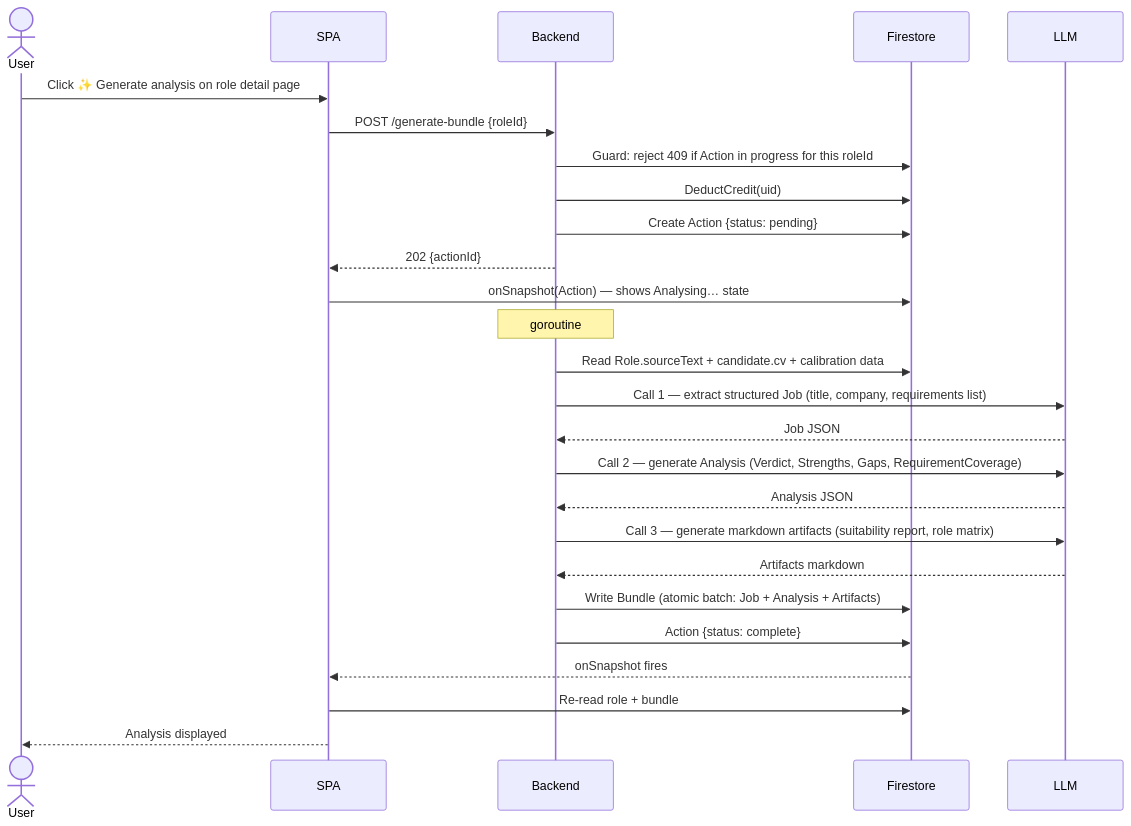
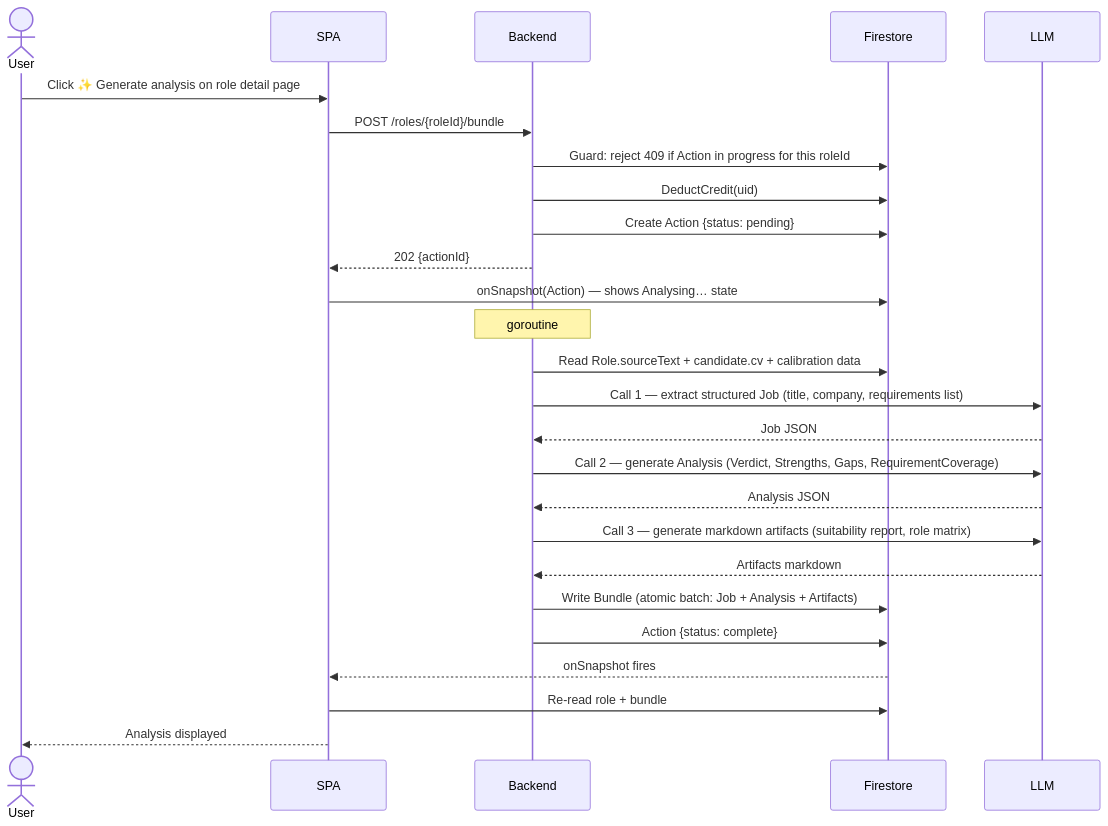
The diagram in docs/use_cases/UC-ROLE-003-generate-bundle.md (mnohe/cvai), drawn with Mermaid before and after one commit. The commit also changed 9 other files, not shown here.

````diff
--- a/docs/use_cases/UC-ROLE-003-generate-bundle.md
+++ b/docs/use_cases/UC-ROLE-003-generate-bundle.md
@@ -22,30 +22,30 @@
 ```mermaid
 sequenceDiagram
     actor User
     participant SPA
     participant Backend
     participant Firestore
     participant LLM
 
     User->>SPA: Click ✨ Generate analysis on role detail page
-    SPA->>Backend: POST /generate-bundle {roleId}
+    SPA->>Backend: POST /roles/{roleId}/bundle
     Backend->>Firestore: Guard: reject 409 if Action in progress for this roleId
     Backend->>Firestore: DeductCredit(uid)
     Backend->>Firestore: Create Action {status: pending}
     Backend-->>SPA: 202 {actionId}
     SPA->>Firestore: onSnapshot(Action) — shows Analysing… state
 
     Note over Backend: goroutine
     Backend->>Firestore: Read Role.sourceText + candidate.cv + calibration data
     Backend->>LLM: Call 1 — extract structured Job (title, company, requirements list)
     LLM-->>Backend: Job JSON
     Backend->>LLM: Call 2 — generate Analysis (Verdict, Strengths, Gaps, RequirementCoverage)
     LLM-->>Backend: Analysis JSON
     Backend->>LLM: Call 3 — generate markdown artifacts (suitability report, role matrix)
     LLM-->>Backend: Artifacts markdown
     Backend->>Firestore: Write Bundle (atomic batch: Job + Analysis + Artifacts)
     Backend->>Firestore: Action {status: complete}
     Firestore-->>SPA: onSnapshot fires
     SPA->>Firestore: Re-read role + bundle
     SPA-->>User: Analysis displayed
 ```
````
